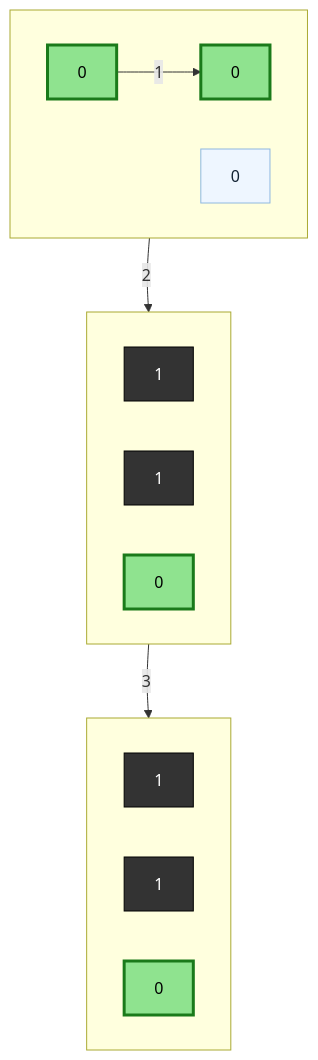
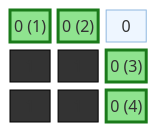
The second of 7 diagrams in src/main/java/mx/jovannypcg/base/p66_shortestpathinbinarymatrix/README.md (jovannypcg/dsa), drawn with Mermaid before and after one commit. The commit also changed other lines of this file and 5 other files, not shown here.

````diff
--- a/src/main/java/mx/jovannypcg/base/p66_shortestpathinbinarymatrix/README.md
+++ b/src/main/java/mx/jovannypcg/base/p66_shortestpathinbinarymatrix/README.md
@@ -57,31 +49,14 @@
 ```mermaid
-flowchart TD
-    subgraph Row0[" "]
-        direction LR
-        r0c0["0"]
-        r0c1["0"]
-        r0c2["0"]
-    end
-    subgraph Row1[" "]
-        direction LR
-        r1c0["1"]
-        r1c1["1"]
-        r1c2["0"]
-    end
-    subgraph Row2[" "]
-        direction LR
-        r2c0["1"]
-        r2c1["1"]
-        r2c2["0"]
-    end
-    Row0 ~~~ Row1 ~~~ Row2
-    r0c0 -->|"1"| r0c1
-    r0c1 -->|"2"| r1c2
-    r1c2 -->|"3"| r2c2
+block-beta
+columns 3
+    r0c0["0 (1)"] r0c1["0 (2)"] r0c2["0"]
+    r1c0["1"] r1c1["1"] r1c2["0 (3)"]
+    r2c0["1"] r2c1["1"] r2c2["0 (4)"]
     classDef zero fill:#eef6ff,stroke:#8fb8e0,color:#123
     classDef one fill:#333,stroke:#000,color:#fff
     classDef path fill:#8fe38f,stroke:#1a7a1a,stroke-width:3px,color:#000
-    class r0c0,r0c1,r1c2,r2c2 path
+    classDef blocked fill:#e38f8f,stroke:#a11111,stroke-width:3px,color:#000
     class r0c2 zero
     class r1c0,r1c1,r2c0,r2c1 one
+    class r0c0,r0c1,r1c2,r2c2 path
 ```
````
